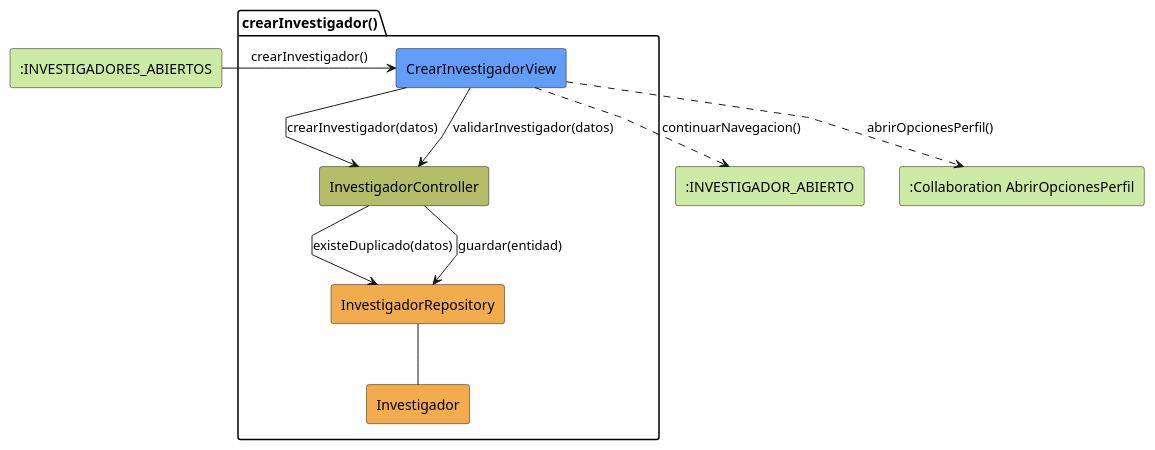
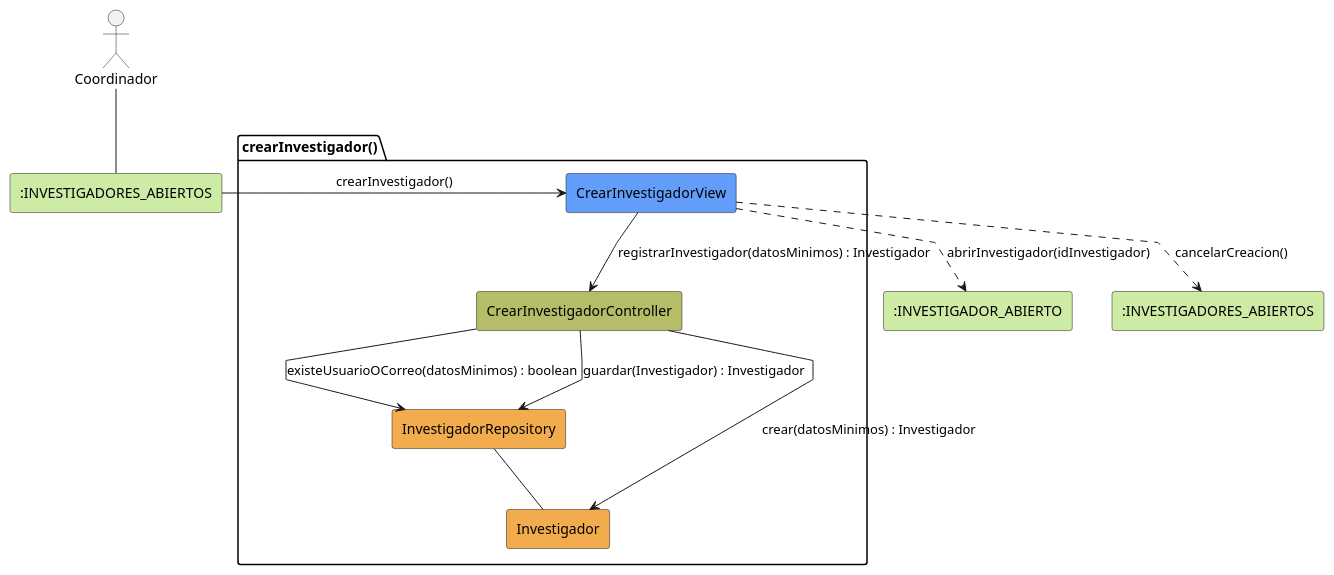
One commit to beatriizorozco/25-26-idsw2-sdVC changed the diagram in RUP/01-analisis/casos-uso/coordinador/crearInvestigador/colaboracion.puml. Above: the diagram before and after it, drawn with PlantUML. The commit also changed 41 other files, not shown here.

```diff
--- a/RUP/01-analisis/casos-uso/coordinador/crearInvestigador/colaboracion.puml
+++ b/RUP/01-analisis/casos-uso/coordinador/crearInvestigador/colaboracion.puml
@@ -1,25 +1,24 @@
 @startuml crearInvestigador-analisis
 skinparam linetype polyline
 
-rectangle #CDEBA5 ":INVESTIGADORES_ABIERTOS" as EstadoEntrada
+actor Coordinador
+rectangle #CDEBA5 ":INVESTIGADORES_ABIERTOS" as InvestigadoresAbiertos
 package crearInvestigador as "crearInvestigador()" {
     rectangle #629EF9 CrearInvestigadorView
-    rectangle #b5bd68 InvestigadorController
+    rectangle #b5bd68 CrearInvestigadorController
     rectangle #F2AC4E InvestigadorRepository
     rectangle #F2AC4E Investigador
 }
+rectangle #CDEBA5 ":INVESTIGADOR_ABIERTO" as InvestigadorAbierto
+rectangle #CDEBA5 ":INVESTIGADORES_ABIERTOS" as CreacionCancelada
 
-rectangle #CDEBA5 ":INVESTIGADOR_ABIERTO" as EstadoSalida
-rectangle #CDEBA5 ":Collaboration AbrirOpcionesPerfil" as AbrirOpcionesPerfil
-
-EstadoEntrada -r-> CrearInvestigadorView: crearInvestigador()
-
-CrearInvestigadorView -d-> InvestigadorController: crearInvestigador(datos)
-CrearInvestigadorView --> InvestigadorController: validarInvestigador(datos)
-InvestigadorController --> InvestigadorRepository: existeDuplicado(datos)
-InvestigadorController --> InvestigadorRepository: guardar(entidad)
+Coordinador -- InvestigadoresAbiertos
+InvestigadoresAbiertos -r-> CrearInvestigadorView: crearInvestigador()
+CrearInvestigadorView -d-> CrearInvestigadorController: registrarInvestigador(datosMinimos) : Investigador
+CrearInvestigadorController --> InvestigadorRepository: existeUsuarioOCorreo(datosMinimos) : boolean
+CrearInvestigadorController --> Investigador: crear(datosMinimos) : Investigador
+CrearInvestigadorController --> InvestigadorRepository: guardar(Investigador) : Investigador
 InvestigadorRepository -- Investigador
-CrearInvestigadorView ..> EstadoSalida: continuarNavegacion()
-CrearInvestigadorView ..> AbrirOpcionesPerfil: abrirOpcionesPerfil()
-
+CrearInvestigadorView ..> InvestigadorAbierto: abrirInvestigador(idInvestigador)
+CrearInvestigadorView ..> CreacionCancelada: cancelarCreacion()
 @enduml
```
